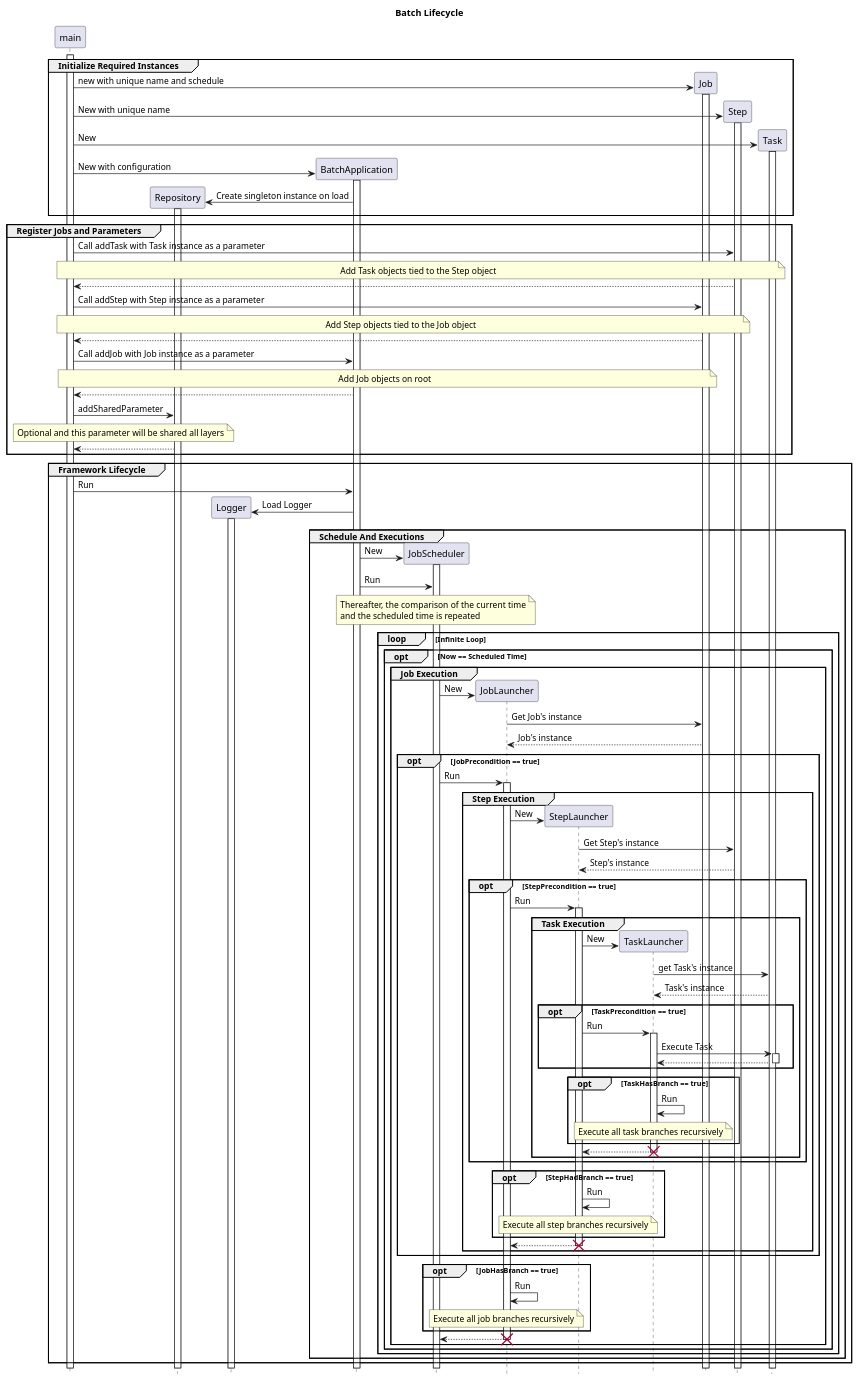
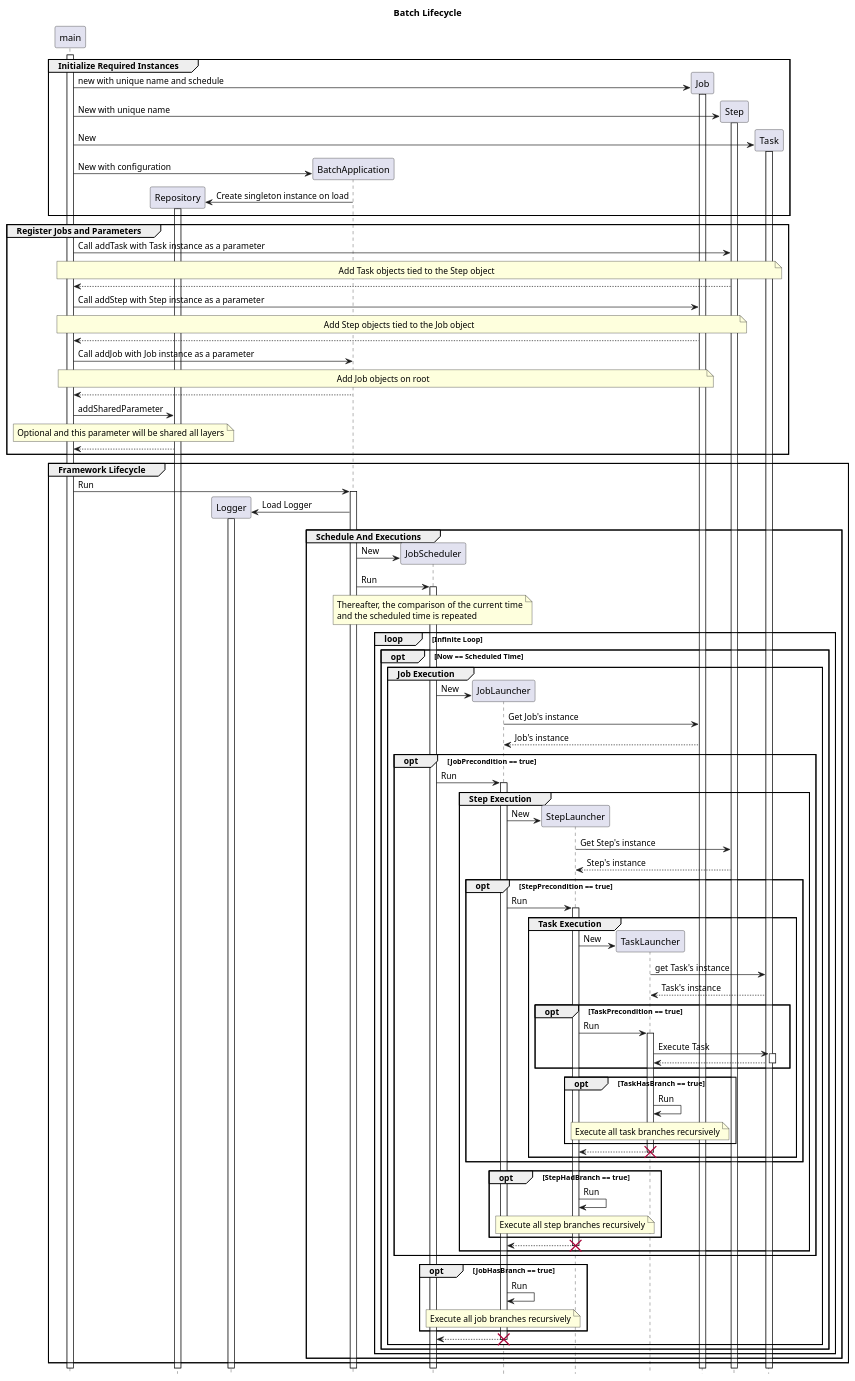
The diagram in design/sequence.pu (runchise/batch.dart), drawn with PlantUML before and after one commit. The commit also changed other lines of this file, not shown here.

```diff
--- a/design/sequence.pu
+++ b/design/sequence.pu
@@ -1,148 +1,148 @@
 @startuml Batch Lifecycle
 title Batch Lifecycle
 
 hide footbox
 participant main
 participant Repository
 participant Logger
 participant BatchApplication
 participant JobScheduler
 participant JobLauncher
 participant StepLauncher
 participant TaskLauncher
 participant Job
 participant Step
 participant Task
 
 activate main
 
 group Initialize Required Instances
     create Job
     main -> Job: new with unique name and schedule
     activate Job
     create Step
     main -> Step: New with unique name
     activate Step
 
     create Task
     main -> Task: New
     activate Task
 
     create BatchApplication
     main -> BatchApplication: New with configuration
-    activate BatchApplication
 
     create Repository
     BatchApplication -> Repository: Create singleton instance on load
     activate Repository
 end
 
 group Register Jobs and Parameters
     main -> Step: Call addTask with Task instance as a parameter
     note over main, Task: Add Task objects tied to the Step object
     main <-- Step
 
     main -> Job: Call addStep with Step instance as a parameter
     note over main, Step: Add Step objects tied to the Job object
     main <-- Job
 
     main -> BatchApplication: Call addJob with Job instance as a parameter
     note over main, Job: Add Job objects on root
     main <-- BatchApplication
 
     main -> Repository: addSharedParameter
     note over main, Repository: Optional and this parameter will be shared all layers
     main <-- Repository
 end
 
 group Framework Lifecycle
     main -> BatchApplication: Run
+    activate BatchApplication
 
     create Logger
     BatchApplication -> Logger: Load Logger
     activate Logger
 
     group Schedule And Executions
         create JobScheduler
         BatchApplication -> JobScheduler: New
+        BatchApplication -> JobScheduler: Run
         activate JobScheduler
 
-        BatchApplication -> JobScheduler: Run
         note over JobScheduler
             Thereafter, the comparison of the current time
             and the scheduled time is repeated
         end note
 
         loop Infinite Loop
             opt Now == Scheduled Time
                 group Job Execution
                     create JobLauncher
                     JobScheduler -> JobLauncher: New
                     JobLauncher -> Job: Get Job's instance
                     JobLauncher <-- Job: Job's instance
 
                     opt JobPrecondition == true
                         JobScheduler -> JobLauncher: Run
 
                         activate JobLauncher
 
                         group Step Execution
                             create StepLauncher
                             JobLauncher -> StepLauncher: New
                             StepLauncher -> Step: Get Step's instance
                             StepLauncher <-- Step: Step's instance
 
                             opt StepPrecondition == true
                                 JobLauncher -> StepLauncher: Run
                                 activate StepLauncher
 
                                 group Task Execution
                                     create TaskLauncher
                                     StepLauncher -> TaskLauncher: New
                                     TaskLauncher -> Task: get Task's instance
                                     TaskLauncher <-- Task: Task's instance
 
                                     opt TaskPrecondition == true
                                         StepLauncher -> TaskLauncher: Run
                                         activate TaskLauncher
                                         TaskLauncher -> Task: Execute Task
                                         activate Task
                                         TaskLauncher <-- Task
                                         deactivate Task
                                     end
 
                                     opt TaskHasBranch == true
                                         TaskLauncher -> TaskLauncher: Run
                                         note over TaskLauncher: Execute all task branches recursively
                                     end
                                                                                                         StepLauncher <-- TaskLauncher
                                     deactivate TaskLauncher
                                     destroy TaskLauncher
                                 end
                             end
 
                             opt StepHadBranch == true
                                 StepLauncher -> StepLauncher: Run
                                 note over StepLauncher: Execute all step branches recursively
                             end
 
                             JobLauncher <-- StepLauncher
                             deactivate StepLauncher
                             destroy StepLauncher
                         end
                     end
 
                     opt JobHasBranch == true
                         JobLauncher -> JobLauncher: Run
                         note over JobLauncher: Execute all job branches recursively
                     end
 
                     JobScheduler <-- JobLauncher
                     deactivate JobLauncher
                     destroy JobLauncher
                 end
             end
         end
     end
 end
 @enduml
```
